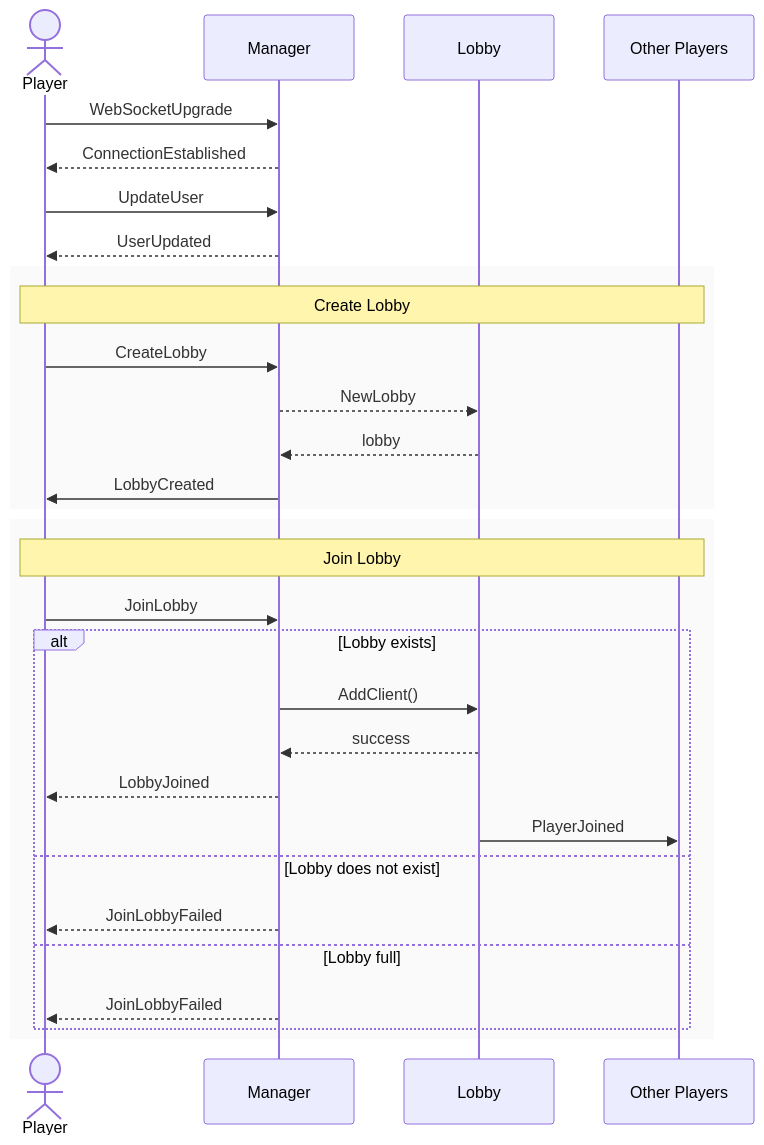
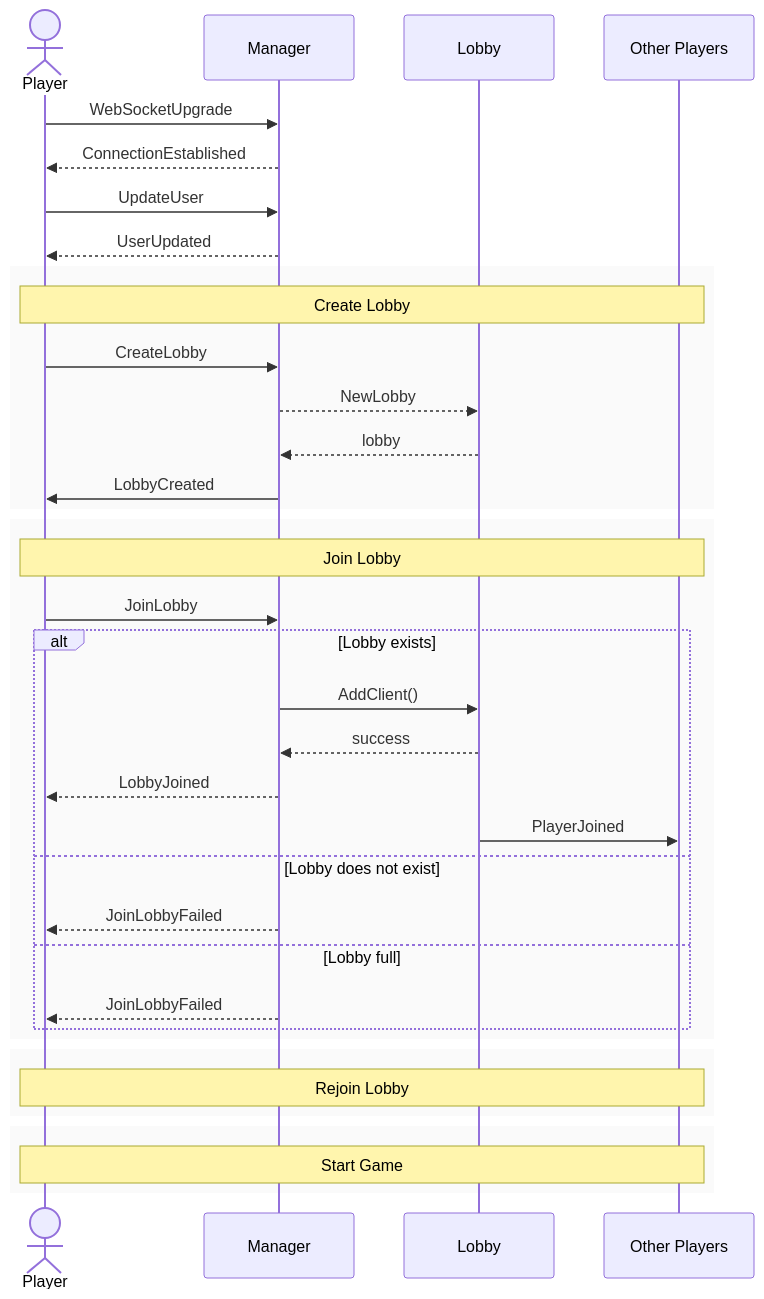
Before and after one commit to underscorelior/durak-golang: the first of 2 diagrams in README.md, drawn with Mermaid. The commit also changed other lines of this file, not shown here.

Commit message:
Add UML activity diagram for turn phases

````diff
--- a/README.md
+++ b/README.md
@@ -7,38 +11,47 @@
 ```mermaid
 sequenceDiagram
     actor Pl as Player
     participant Man as Manager
     participant Lob as Lobby
     participant Oth as Other Players
 
     Pl->>Man: WebSocketUpgrade
     Man-->>Pl: ConnectionEstablished
 
     Pl->>Man: UpdateUser
     Man-->>Pl: UserUpdated
 
     rect rgba(245, 245, 245, 0.5)
         Note over Pl,Oth: Create Lobby
         Pl->>Man: CreateLobby
         Man-->>Lob: NewLobby
         Lob-->>Man: lobby
         Man->>Pl: LobbyCreated
     end
 
     rect rgba(245, 245, 245, 0.5)
         Note over Pl,Oth: Join Lobby
 
         Pl->>Man: JoinLobby
 
         alt Lobby exists
             Man->>Lob: AddClient()
             Lob-->>Man: success
             Man-->>Pl: LobbyJoined
             Lob->>Oth: PlayerJoined
         else Lobby does not exist
             Man-->>Pl: JoinLobbyFailed
         else Lobby full
             Man-->>Pl: JoinLobbyFailed
         end
     end
+
+    rect rgba(245, 245, 245, 0.5)
+        Note over Pl,Oth: Rejoin Lobby
+
+    end
+
+    rect rgba(245, 245, 245, 0.5)
+        Note over Pl,Oth: Start Game
+    end
 ```
````
